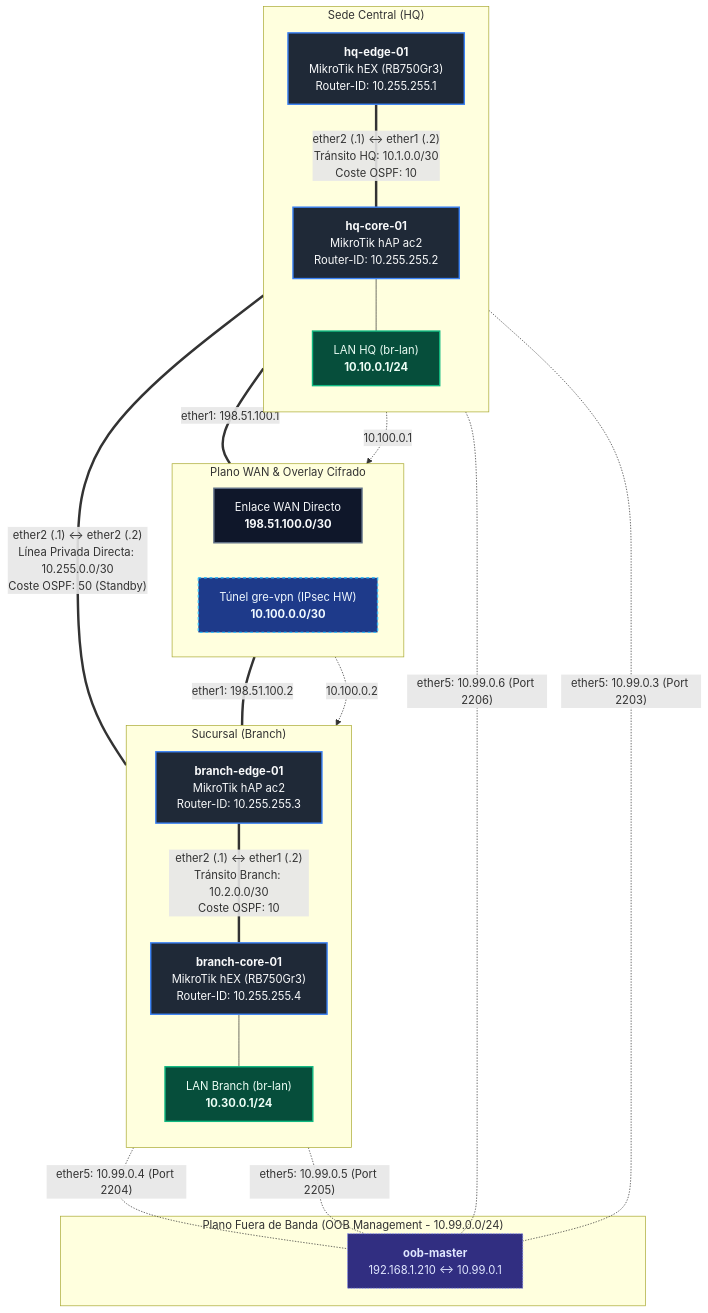
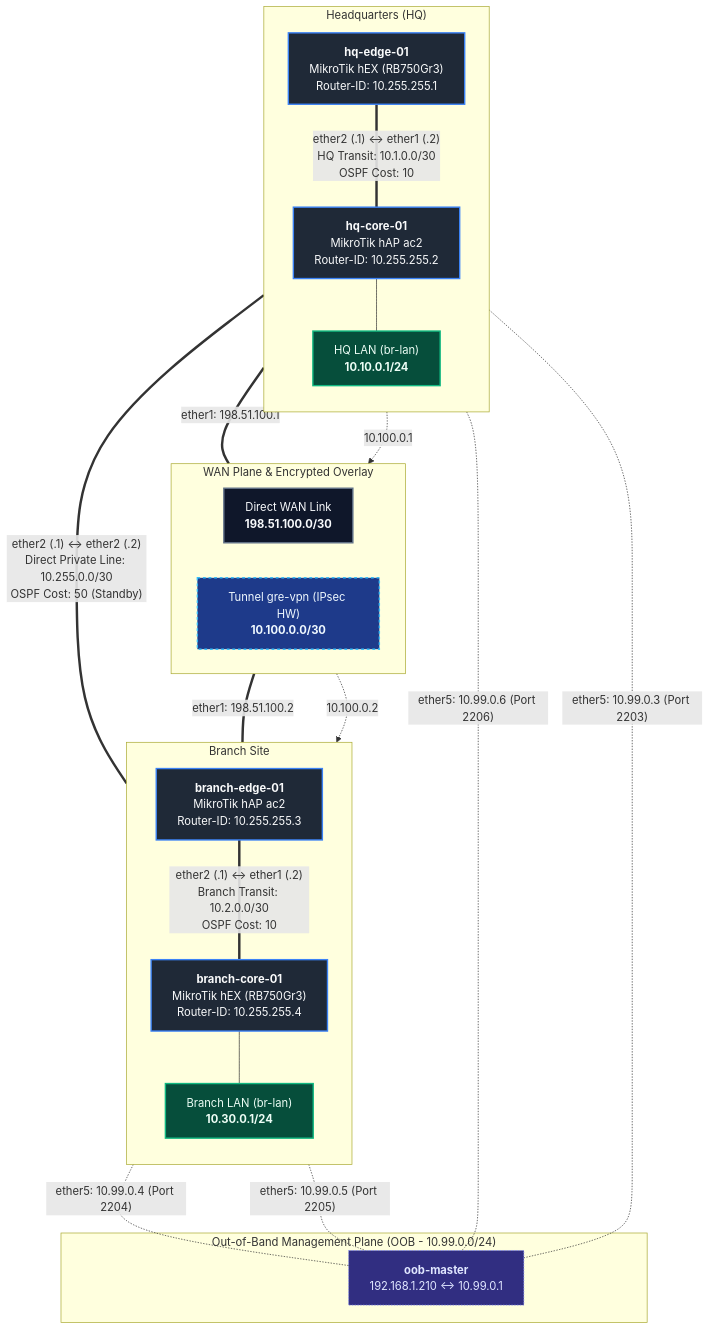
Before and after one commit to rsessa/Laboratorio-Redes: the first of 2 diagrams in README.md, drawn with Mermaid. The commit also changed other lines of this file, not shown here.

````diff
--- a/README.md
+++ b/README.md
@@ -11,57 +11,57 @@
 ```mermaid
 flowchart TB
-    %% Estilos de Nodos
+    %% Node Styles
     classDef router fill:#1f2937,stroke:#3b82f6,stroke-width:2px,color:#f9fafb;
     classDef wan fill:#0f172a,stroke:#64748b,stroke-width:2px,color:#f8fafc;
     classDef lan fill:#064e3b,stroke:#10b981,stroke-width:2px,color:#ecfdf5;
     classDef vpn fill:#1e3a8a,stroke:#38bdf8,stroke-width:2px,stroke-dasharray: 4 4,color:#f0f9ff;
     classDef mgmt fill:#312e81,stroke:#818cf8,stroke-width:1px,stroke-dasharray: 2 2,color:#e0e7ff;
 
-    subgraph WAN_BLOCK ["Plano WAN & Overlay Cifrado"]
+    subgraph WAN_BLOCK ["WAN Plane & Encrypted Overlay"]
         direction LR
-        WAN["Enlace WAN Directo<br/><b>198.51.100.0/30</b>"]:::wan
-        GRE["Túnel gre-vpn (IPsec HW)<br/><b>10.100.0.0/30</b>"]:::vpn
+        WAN["Direct WAN Link<br/><b>198.51.100.0/30</b>"]:::wan
+        GRE["Tunnel gre-vpn (IPsec HW)<br/><b>10.100.0.0/30</b>"]:::vpn
     end
 
-    subgraph HQ_SITE ["Sede Central (HQ)"]
+    subgraph HQ_SITE ["Headquarters (HQ)"]
         direction TB
         HQ_EDGE["<b>hq-edge-01</b><br/>MikroTik hEX (RB750Gr3)<br/>Router-ID: 10.255.255.1"]:::router
         HQ_CORE["<b>hq-core-01</b><br/>MikroTik hAP ac2<br/>Router-ID: 10.255.255.2"]:::router
-        LAN_HQ["LAN HQ (br-lan)<br/><b>10.10.0.1/24</b>"]:::lan
+        LAN_HQ["HQ LAN (br-lan)<br/><b>10.10.0.1/24</b>"]:::lan
 
-        HQ_EDGE ===|"ether2 (.1) &harr; ether1 (.2)<br/>Tránsito HQ: 10.1.0.0/30<br/>Coste OSPF: 10"| HQ_CORE
+        HQ_EDGE ===|"ether2 (.1) &harr; ether1 (.2)<br/>HQ Transit: 10.1.0.0/30<br/>OSPF Cost: 10"| HQ_CORE
         HQ_CORE --- LAN_HQ
     end
 
-    subgraph BRANCH_SITE ["Sucursal (Branch)"]
+    subgraph BRANCH_SITE ["Branch Site"]
         direction TB
         BRANCH_EDGE["<b>branch-edge-01</b><br/>MikroTik hAP ac2<br/>Router-ID: 10.255.255.3"]:::router
         BRANCH_CORE["<b>branch-core-01</b><br/>MikroTik hEX (RB750Gr3)<br/>Router-ID: 10.255.255.4"]:::router
-        LAN_BRANCH["LAN Branch (br-lan)<br/><b>10.30.0.1/24</b>"]:::lan
+        LAN_BRANCH["Branch LAN (br-lan)<br/><b>10.30.0.1/24</b>"]:::lan
 
-        BRANCH_EDGE ===|"ether2 (.1) &harr; ether1 (.2)<br/>Tránsito Branch: 10.2.0.0/30<br/>Coste OSPF: 10"| BRANCH_CORE
+        BRANCH_EDGE ===|"ether2 (.1) &harr; ether1 (.2)<br/>Branch Transit: 10.2.0.0/30<br/>OSPF Cost: 10"| BRANCH_CORE
         BRANCH_CORE --- LAN_BRANCH
     end
 
-    %% Conexiones WAN
+    %% WAN Connections
     HQ_EDGE ===|ether1: 198.51.100.1| WAN
     WAN ===|ether1: 198.51.100.2| BRANCH_EDGE
 
-    %% Overlay VPN
+    %% VPN Overlay
     HQ_EDGE -.->|10.100.0.1| GRE
     GRE -.->|10.100.0.2| BRANCH_EDGE
 
-    %% Enlace Privado Standby
-    HQ_CORE ===|"ether2 (.1) &harr; ether2 (.2)<br/>Línea Privada Directa: 10.255.0.0/30<br/>Coste OSPF: 50 (Standby)"| BRANCH_CORE
+    %% Standby Private Link
+    HQ_CORE ===|"ether2 (.1) &harr; ether2 (.2)<br/>Direct Private Line: 10.255.0.0/30<br/>OSPF Cost: 50 (Standby)"| BRANCH_CORE
 
-    %% Plano OOB
-    subgraph OOB_MGMT ["Plano Fuera de Banda (OOB Management - 10.99.0.0/24)"]
+    %% OOB Plane
+    subgraph OOB_MGMT ["Out-of-Band Management Plane (OOB - 10.99.0.0/24)"]
         BASTION["<b>oob-master</b><br/>192.168.1.210 &harr; 10.99.0.1"]:::mgmt
     end
 
     HQ_EDGE -.-|"ether5: 10.99.0.6 (Port 2206)"| BASTION
     HQ_CORE -.-|"ether5: 10.99.0.3 (Port 2203)"| BASTION
     BRANCH_EDGE -.-|"ether5: 10.99.0.4 (Port 2204)"| BASTION
     BRANCH_CORE -.-|"ether5: 10.99.0.5 (Port 2205)"| BASTION
 
 ```
````
